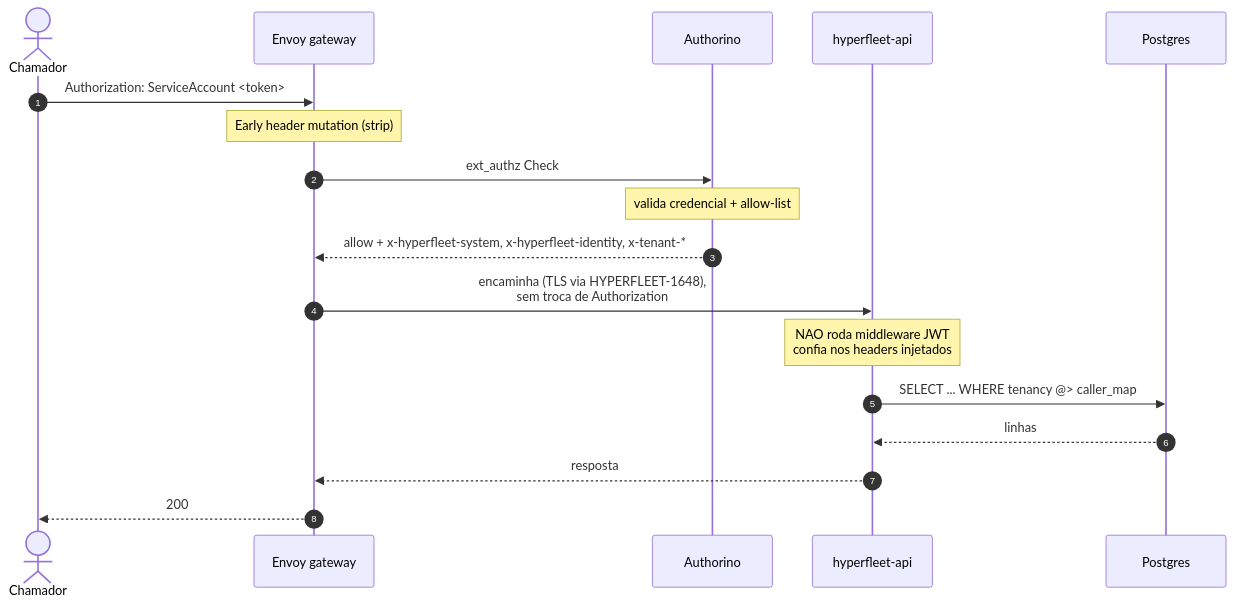
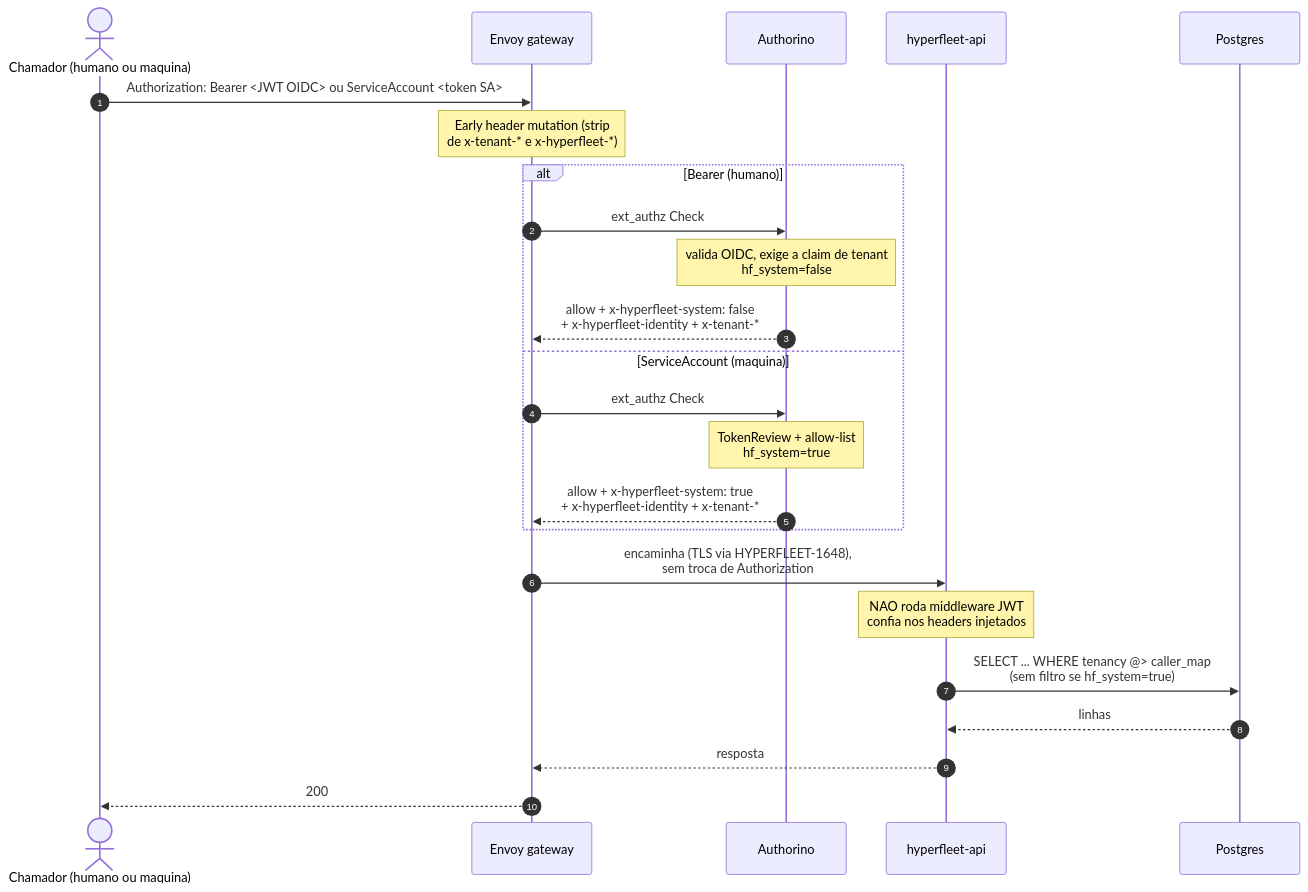
One commit to rafabene/hyperfleet-architecture changed the fifth of 7 diagrams in hyperfleet/docs/gateway-auth-sequence-diagrams.md. Above: the diagram before and after it, drawn with Mermaid. The commit also changed other lines of this file, not shown here.

Commit message:
docs: show both auth schemes in the edge mode diagram

````diff
--- a/hyperfleet/docs/gateway-auth-sequence-diagrams.md
+++ b/hyperfleet/docs/gateway-auth-sequence-diagrams.md
@@ -293,21 +295,29 @@
 ```mermaid
 sequenceDiagram
     autonumber
-    actor C as Chamador
+    actor C as Chamador (humano ou maquina)
     participant E as Envoy gateway
     participant A as Authorino
     participant API as hyperfleet-api
     participant DB as Postgres
 
-    C->>E: Authorization: ServiceAccount <token>
-    Note over E: Early header mutation (strip)
-    E->>A: ext_authz Check
-    Note over A: valida credencial + allow-list
-    A-->>E: allow + x-hyperfleet-system, x-hyperfleet-identity, x-tenant-*
+    C->>E: Authorization: Bearer <JWT OIDC> ou ServiceAccount <token SA>
+    Note over E: Early header mutation (strip<br/>de x-tenant-* e x-hyperfleet-*)
+
+    alt Bearer (humano)
+        E->>A: ext_authz Check
+        Note over A: valida OIDC, exige a claim de tenant<br/>hf_system=false
+        A-->>E: allow + x-hyperfleet-system: false<br/>+ x-hyperfleet-identity + x-tenant-*
+    else ServiceAccount (maquina)
+        E->>A: ext_authz Check
+        Note over A: TokenReview + allow-list<br/>hf_system=true
+        A-->>E: allow + x-hyperfleet-system: true<br/>+ x-hyperfleet-identity + x-tenant-*
+    end
+
     E->>API: encaminha (TLS via HYPERFLEET-1648),<br/>sem troca de Authorization
     Note over API: NAO roda middleware JWT<br/>confia nos headers injetados
-    API->>DB: SELECT ... WHERE tenancy @> caller_map
+    API->>DB: SELECT ... WHERE tenancy @> caller_map<br/>(sem filtro se hf_system=true)
     DB-->>API: linhas
     API-->>E: resposta
     E-->>C: 200
 ```
````
